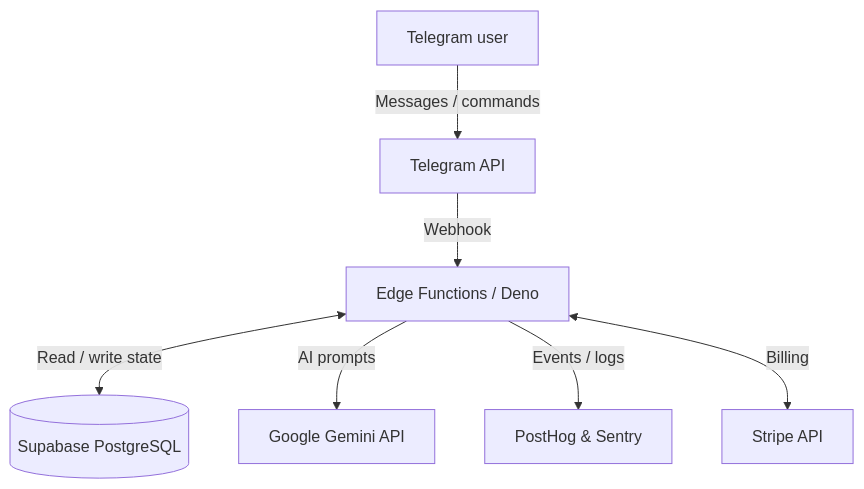
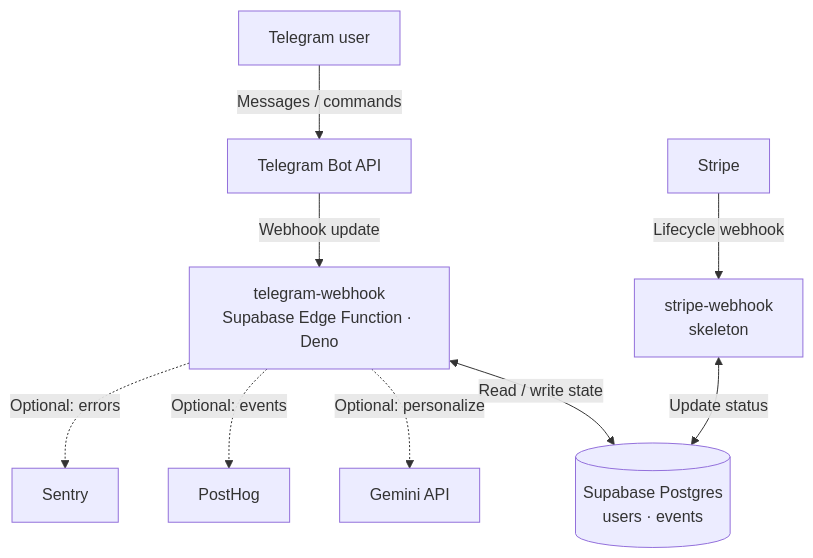
Before and after one commit to heartmade-studio/messenger-native-saas: the diagram in README.md, drawn with Mermaid. The commit also changed other lines of this file and 13 other files, not shown here.

````diff
--- a/README.md
+++ b/README.md
@@ -35,9 +52,11 @@
 ```mermaid
 flowchart TD
-    U[Telegram user] -->|Messages / commands| TG[Telegram API]
-    TG -->|Webhook| EF[Edge Functions / Deno]
-    EF <-->|Read / write state| DB[(Supabase PostgreSQL)]
-    EF -->|AI prompts| GEM[Google Gemini API]
-    EF -->|Events / logs| OBS[PostHog & Sentry]
-    EF <-->|Billing| STR[Stripe API]
+    U["Telegram user"] -->|Messages / commands| TG["Telegram Bot API"]
+    TG -->|Webhook update| EF["telegram-webhook<br/>Supabase Edge Function · Deno"]
+    EF <-->|Read / write state| DB[("Supabase Postgres<br/>users · events")]
+    EF -.->|Optional: personalize| GEM["Gemini API"]
+    EF -.->|Optional: events| PH["PostHog"]
+    EF -.->|Optional: errors| SEN["Sentry"]
+    STR["Stripe"] -->|Lifecycle webhook| SW["stripe-webhook<br/>skeleton"]
+    SW <-->|Update status| DB
 ```
````
